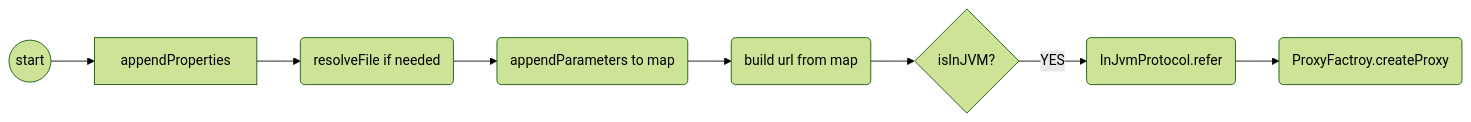
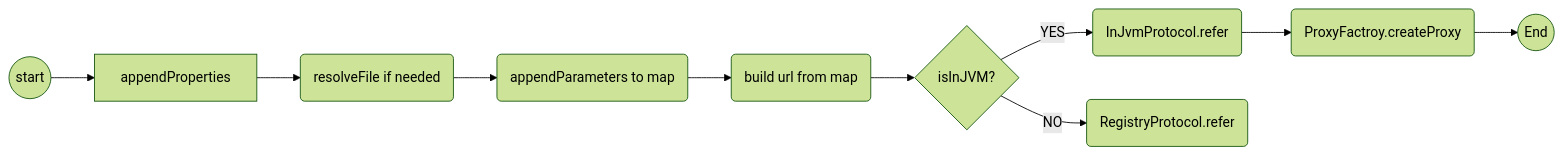
The third of 3 diagrams in dubbo/dubbo.md (zhudongdong/docs), drawn with Mermaid (forest theme) before and after one commit. The commit also changed other lines of this file, not shown here.

Commit message:
Uploaded by https://stackedit.io/

````diff
--- a/dubbo/dubbo.md
+++ b/dubbo/dubbo.md
@@ -212,11 +212,14 @@
 ```mermaid
 graph LR
 Z((start))-->A[appendProperties]
 A--> B(resolveFile if needed) 
 B-->C(appendParameters to map)
 C-->D(build url from map)
 D-->E{isInJVM?}
 E--YES-->F(InJvmProtocol.refer)
 F--> G(ProxyFactroy.createProxy)
+G-->H((End))
+E--NO-->I(RegistryProtocol.refer)
+
 
 ```
````
